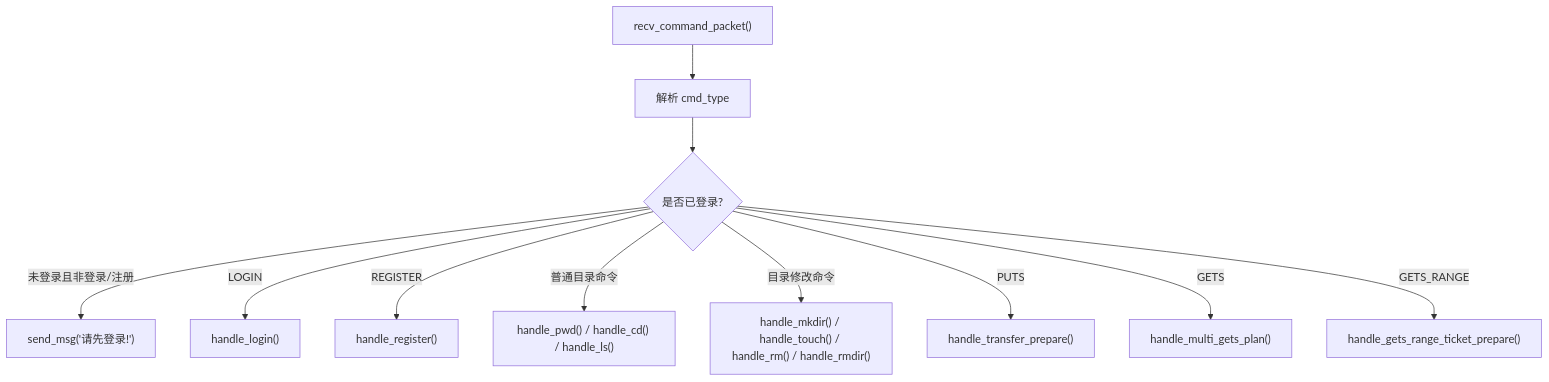
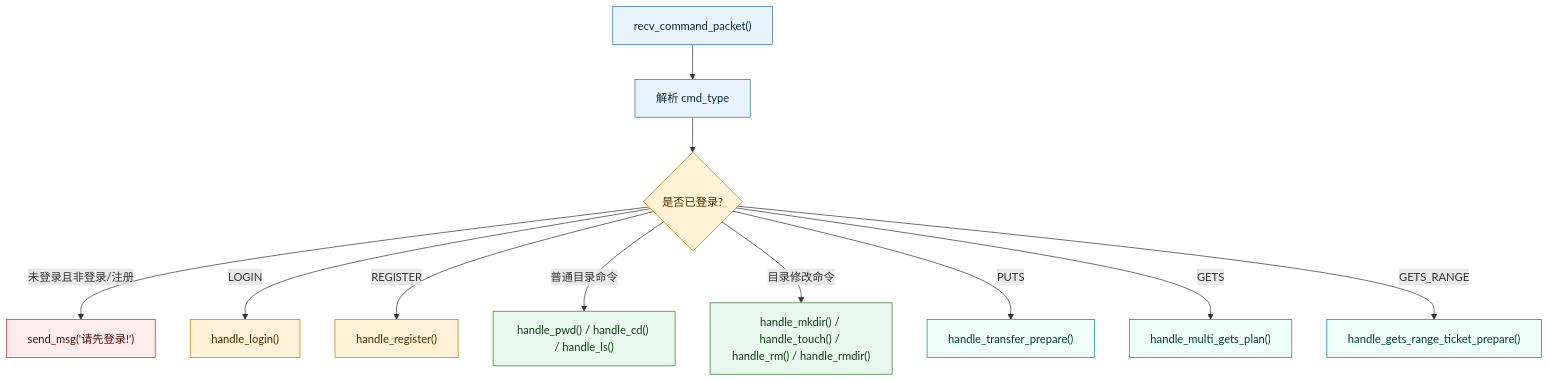
Before and after one commit to panlong-studio/WindCloud_V4: the fifth of 10 diagrams in docs/V5整体项目架构详解.md, drawn with Mermaid. The commit also changed other lines of this file and 5 other files, not shown here.

````diff
--- a/docs/V5整体项目架构详解.md
+++ b/docs/V5整体项目架构详解.md
@@ -490,24 +536,36 @@
 ```mermaid
 flowchart TD
     R0["recv_command_packet()"]
     R1["解析 cmd_type"]
     R2{"是否已登录?"}
     R3["handle_login()"]
     R4["handle_register()"]
     R5["handle_pwd() / handle_cd() / handle_ls()"]
     R6["handle_mkdir() / handle_touch() / handle_rm() / handle_rmdir()"]
     R7["handle_transfer_prepare()"]
     R8["handle_multi_gets_plan()"]
     R9["handle_gets_range_ticket_prepare()"]
     R10["send_msg('请先登录!')"]
 
     R0 --> R1 --> R2
     R2 -->|未登录且非登录/注册| R10
     R2 -->|LOGIN| R3
     R2 -->|REGISTER| R4
     R2 -->|普通目录命令| R5
     R2 -->|目录修改命令| R6
     R2 -->|PUTS| R7
     R2 -->|GETS| R8
     R2 -->|GETS_RANGE| R9
+
+    classDef input fill:#E8F3FF,stroke:#2F6FB6,color:#102A43
+    classDef auth fill:#FFF1D6,stroke:#C77700,color:#4A2B00
+    classDef filecmd fill:#E9F8EF,stroke:#2E7D32,color:#173B1A
+    classDef transfer fill:#EFFFFA,stroke:#00897B,color:#003D35
+    classDef fail fill:#FFECEC,stroke:#C62828,color:#4A0D0D
+
+    class R0,R1 input
+    class R2,R3,R4 auth
+    class R5,R6 filecmd
+    class R7,R8,R9 transfer
+    class R10 fail
 ```
````
